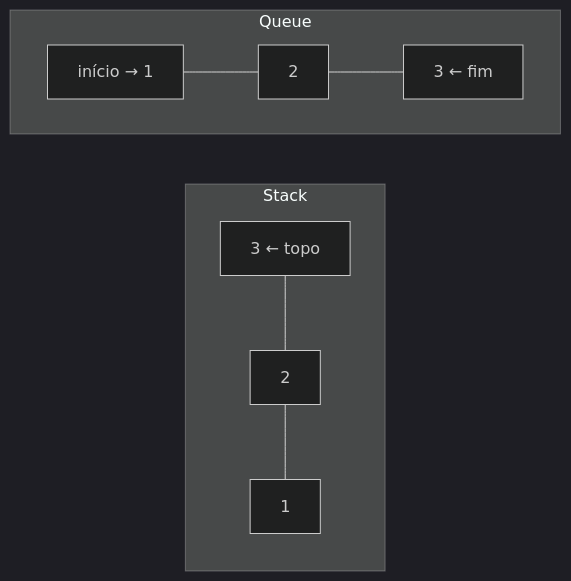
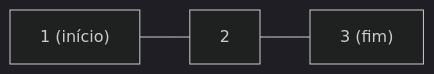
The sixth of 7 diagrams in README.md (usguilherme/LabEstruturaDadosJava), drawn with Mermaid (dark theme) before and after one commit. The commit also changed other lines of this file, not shown here.

````diff
--- a/README.md
+++ b/README.md
@@ -77,14 +92,4 @@
 ```mermaid
 flowchart LR
-    subgraph Stack
-        direction TB
-        T3[3 ← topo]
-        T2[2]
-        T1[1]
-        T3 --- T2 --- T1
-    end
-    subgraph Queue
-        direction LR
-        F[início → 1] --- Q2[2] --- Q3[3 ← fim]
-    end
+    F["1 (início)"] --- Q2["2"] --- Q3["3 (fim)"]
 ```
````
